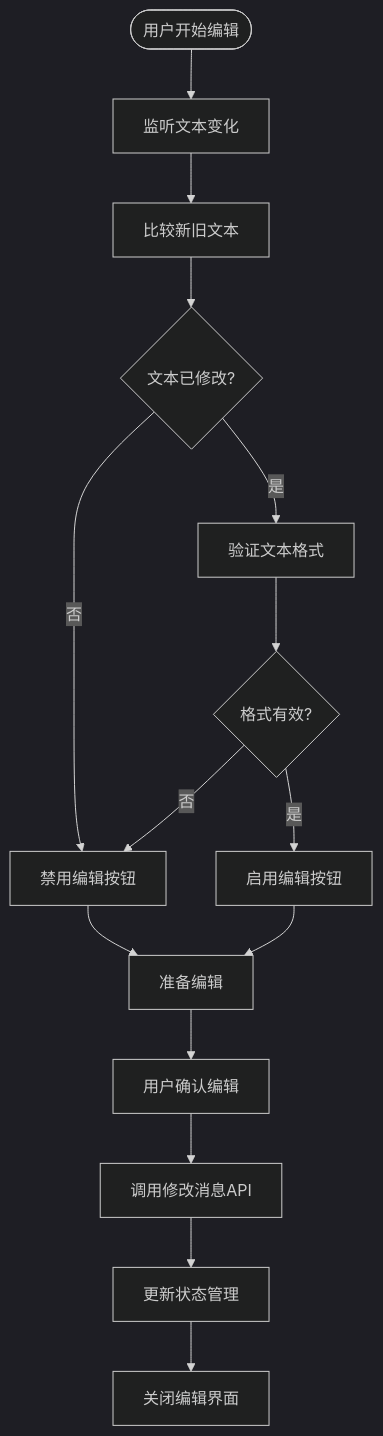
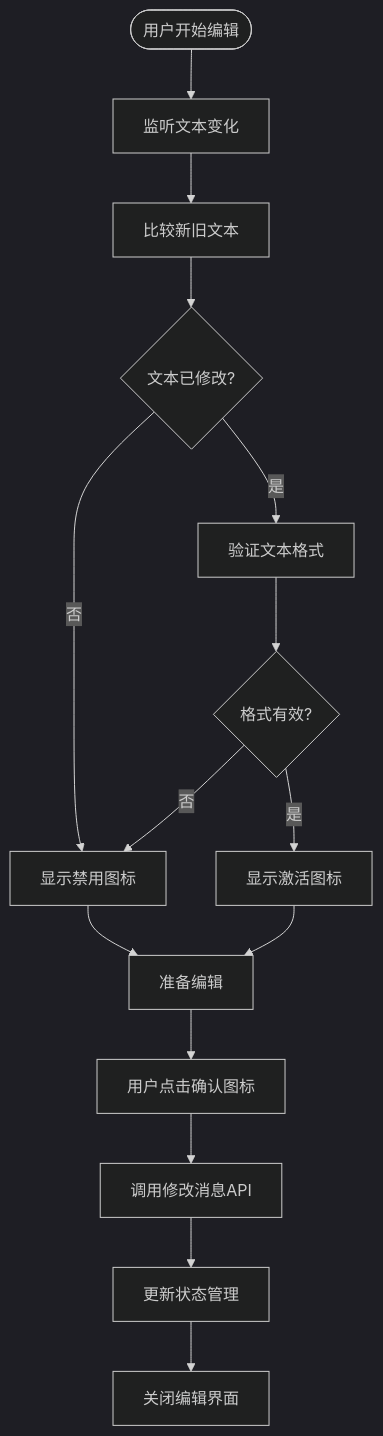
One commit to Easemob-Community/easemob-uikit-uniapp-community changed the ninth of 10 diagrams in .qoder/repowiki/zh/content/消息编辑功能.md. Above: the diagram before and after it, drawn with Mermaid (dark theme). The commit also changed other lines of this file and 4 other files, not shown here.

````diff
--- a/.qoder/repowiki/zh/content/消息编辑功能.md
+++ b/.qoder/repowiki/zh/content/消息编辑功能.md
@@ -454,17 +504,17 @@
 ```mermaid
 flowchart TD
 Start([用户开始编辑]) --> WatchText["监听文本变化"]
 WatchText --> CompareText["比较新旧文本"]
 CompareText --> TextChanged{"文本已修改?"}
-TextChanged --> |否| DisableButton["禁用编辑按钮"]
+TextChanged --> |否| DisableButton["显示禁用图标"]
 TextChanged --> |是| ValidateText["验证文本格式"]
 ValidateText --> FormatValid{"格式有效?"}
 FormatValid --> |否| DisableButton
-FormatValid --> |是| EnableButton["启用编辑按钮"]
+FormatValid --> |是| EnableButton["显示激活图标"]
 EnableButton --> ReadyToEdit["准备编辑"]
 DisableButton --> ReadyToEdit
-ReadyToEdit --> UserConfirm["用户确认编辑"]
+ReadyToEdit --> UserConfirm["用户点击确认图标"]
 UserConfirm --> CallAPI["调用修改消息API"]
 CallAPI --> UpdateStore["更新状态管理"]
 UpdateStore --> CloseEdit["关闭编辑界面"]
 ```
````
